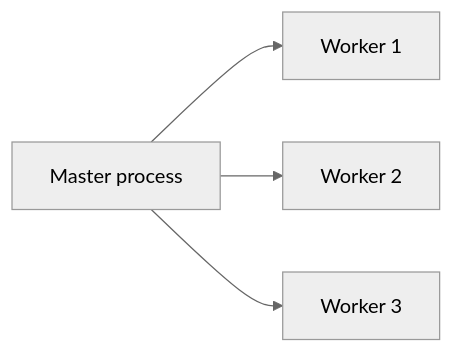
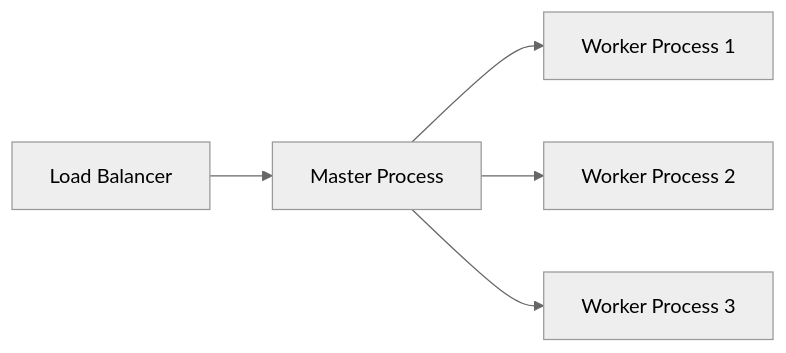
The diagram in 03-computer-systems-and-os/01-processes-and-threads.md (NihalKothari/Backend-Design), drawn with Mermaid (neutral theme) before and after one commit. The commit also changed other lines of this file, not shown here.

````diff
--- a/03-computer-systems-and-os/01-processes-and-threads.md
+++ b/03-computer-systems-and-os/01-processes-and-threads.md
@@ -36,6 +209,7 @@
 ```mermaid
 flowchart LR
-  A[Master process] --> B[Worker 1]
-  A --> C[Worker 2]
-  A --> D[Worker 3]
+  LB[Load Balancer] --> M[Master Process]
+  M --> W1[Worker Process 1]
+  M --> W2[Worker Process 2]
+  M --> W3[Worker Process 3]
 ```
````
